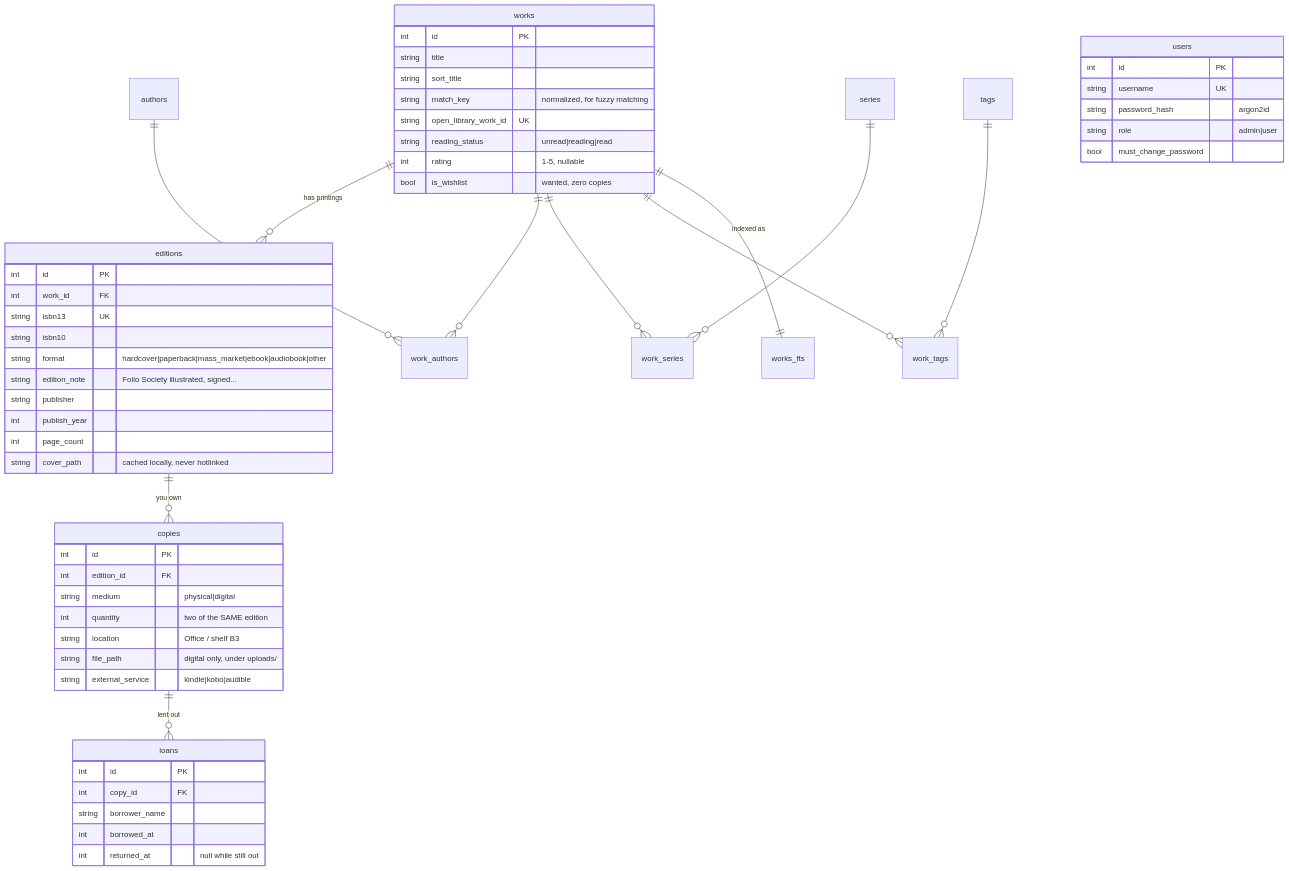
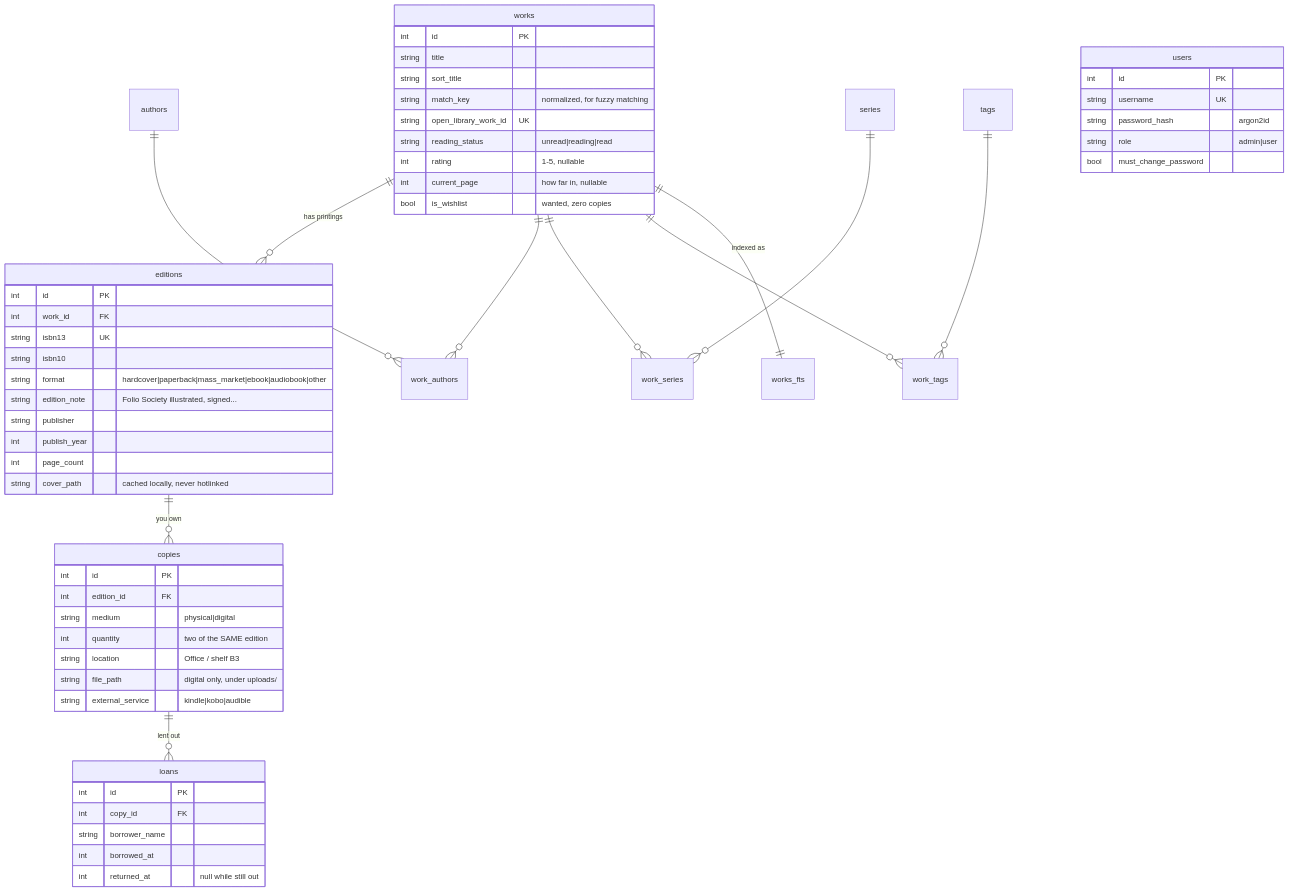
One commit to rivegauchedev/librero changed the diagram in docs/03-data-model.md. Above: the diagram before and after it, drawn with Mermaid. The commit also changed other lines of this file, not shown here.

First line of the commit message:
docs: record current_page, and that rooms are derived rather than stored

````diff
--- a/docs/03-data-model.md
+++ b/docs/03-data-model.md
@@ -22,59 +22,60 @@
 ```mermaid
 erDiagram
     works ||--o{ editions : "has printings"
     editions ||--o{ copies : "you own"
     copies ||--o{ loans : "lent out"
     works ||--o{ work_authors : ""
     authors ||--o{ work_authors : ""
     works ||--o{ work_series : ""
     series ||--o{ work_series : ""
     works ||--o{ work_tags : ""
     tags ||--o{ work_tags : ""
     works ||--|| works_fts : "indexed as"
 
     works {
         int id PK
         string title
         string sort_title
         string match_key "normalized, for fuzzy matching"
         string open_library_work_id UK
         string reading_status "unread|reading|read"
         int rating "1-5, nullable"
+        int current_page "how far in, nullable"
         bool is_wishlist "wanted, zero copies"
     }
     editions {
         int id PK
         int work_id FK
         string isbn13 UK
         string isbn10
         string format "hardcover|paperback|mass_market|ebook|audiobook|other"
         string edition_note "Folio Society illustrated, signed..."
         string publisher
         int publish_year
         int page_count
         string cover_path "cached locally, never hotlinked"
     }
     copies {
         int id PK
         int edition_id FK
         string medium "physical|digital"
         int quantity "two of the SAME edition"
         string location "Office / shelf B3"
         string file_path "digital only, under uploads/"
         string external_service "kindle|kobo|audible"
     }
     loans {
         int id PK
         int copy_id FK
         string borrower_name
         int borrowed_at
         int returned_at "null while still out"
     }
     users {
         int id PK
         string username UK
         string password_hash "argon2id"
         string role "admin|user"
         bool must_change_password
     }
 ```
````
